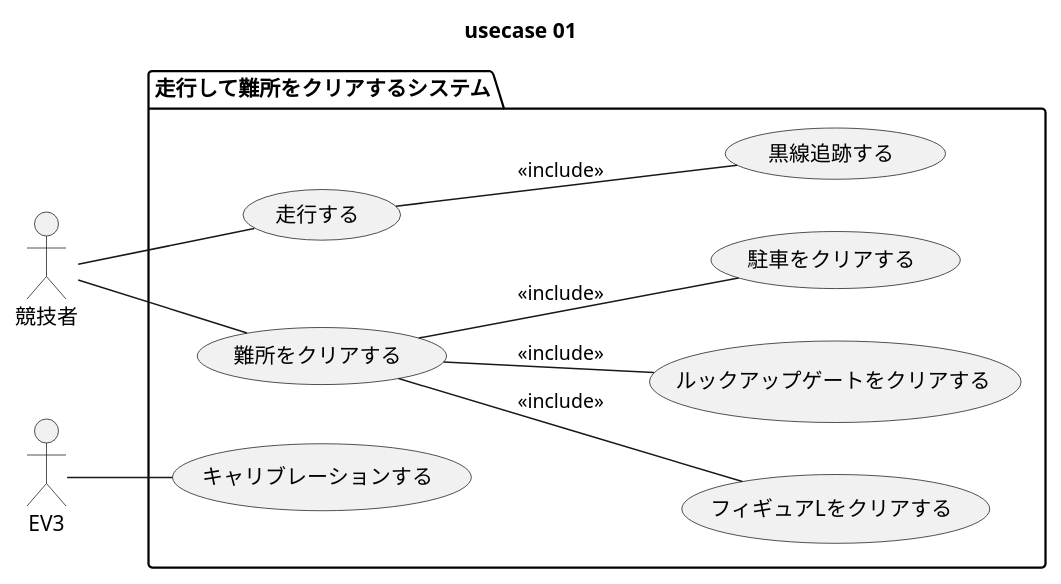
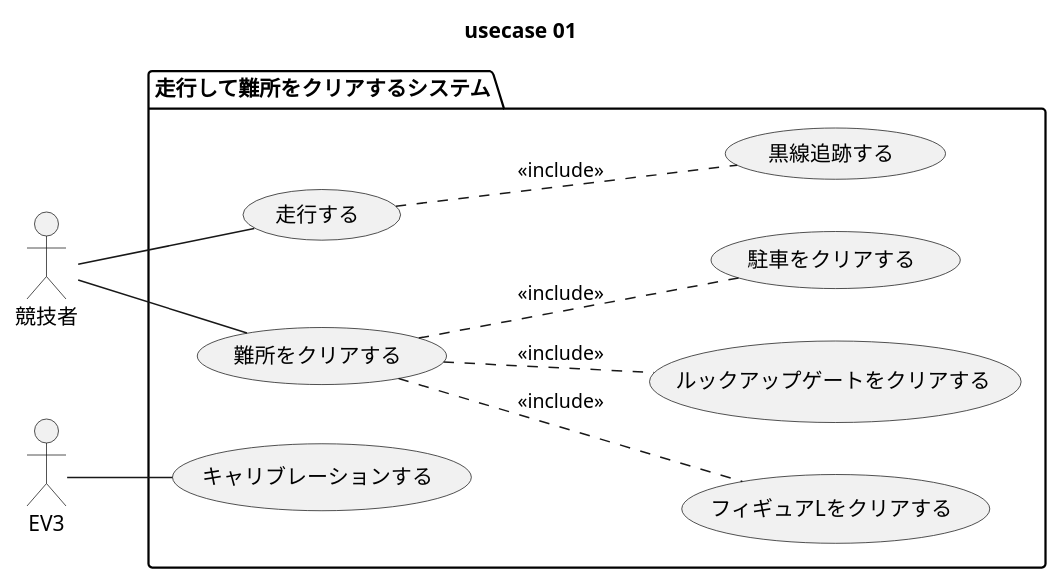
Before and after one commit to SLP-KBIT/ETR2015: the diagram in diagram/usecase/01/usecase.pu, drawn with PlantUML. The commit also changed 1 other file, not shown here.

```diff
--- a/diagram/usecase/01/usecase.pu
+++ b/diagram/usecase/01/usecase.pu
@@ -1,29 +1,29 @@
 @startuml
 
 title usecase 01
 
 actor 競技者 as user
 actor EV3 as robo
 
 left to right direction
 
 package "走行して難所をクリアするシステム" {
 
     usecase 走行する as run
     usecase 難所をクリアする as obs
     usecase キャリブレーションする as calib
     usecase 黒線追跡する as black
     usecase フィギュアLをクリアする as figy
     usecase ルックアップゲートをクリアする as gate
     usecase 駐車をクリアする as park
 }
 
 user -- run
 user -- obs
 robo -- calib
-run  -- black : <<include>>
-obs  -- figy  : <<include>>
-obs  -- gate  : <<include>>
-obs  -- park  : <<include>>
+run  .. black : <<include>>
+obs  .. figy  : <<include>>
+obs  .. gate  : <<include>>
+obs  .. park  : <<include>>
 
 @enduml
```
